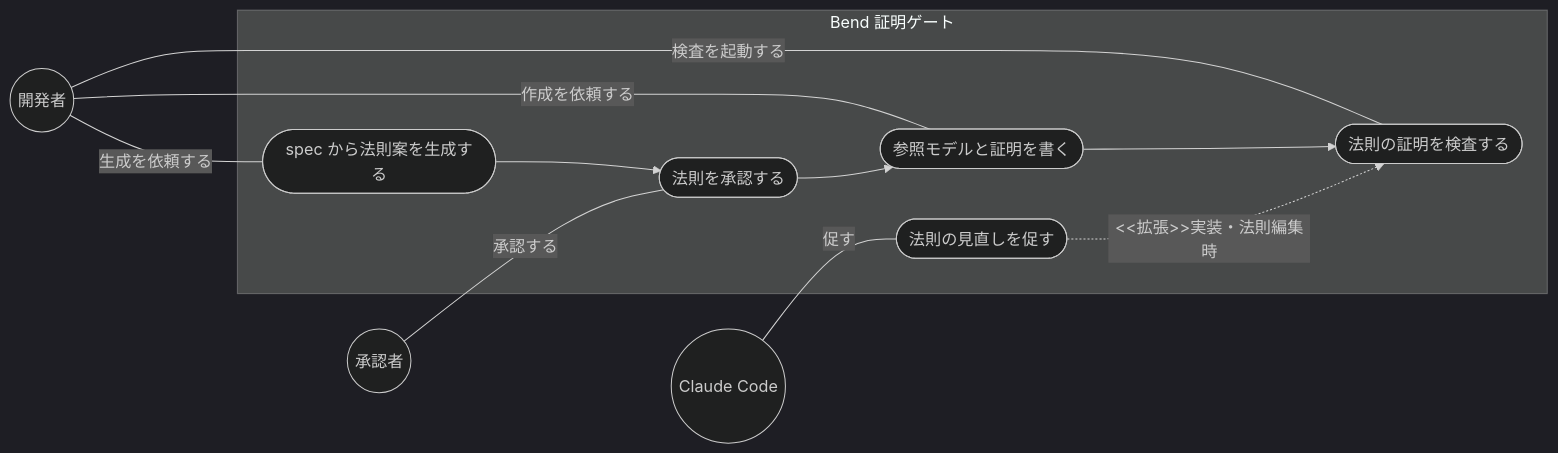
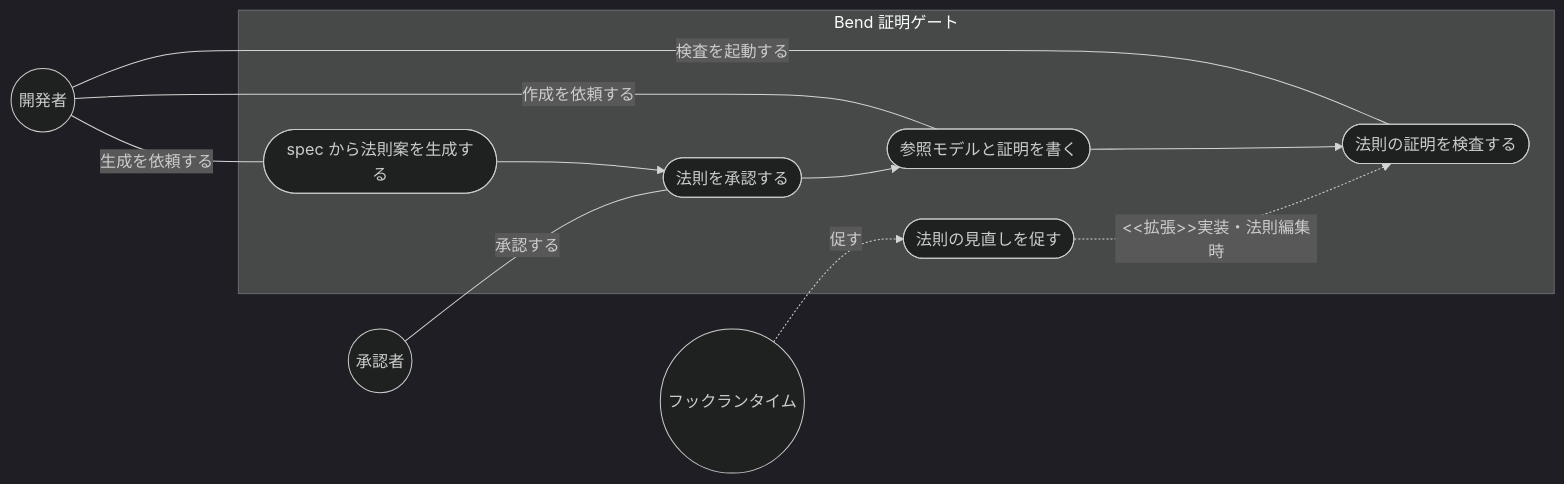
One commit to ToshikiImagawa/ai-sdd-workflow-dev changed the first of 2 diagrams in .sdd/requirement/task-implementation/proof-gate.md. Above: the diagram before and after it, drawn with Mermaid. The commit also changed other lines of this file and 2 other files, not shown here.

````diff
--- a/.sdd/requirement/task-implementation/proof-gate.md
+++ b/.sdd/requirement/task-implementation/proof-gate.md
@@ -42,25 +42,25 @@
 ```mermaid
 %%{init: {'theme': 'dark'}}%%
 flowchart LR
     Developer((開発者))
     Approver((承認者))
-    ClaudeCode((Claude Code))
+    HookRuntime((フックランタイム))
 
     subgraph ProofGate["Bend 証明ゲート"]
         DraftLaws([spec から法則案を生成する])
         ApproveLaws([法則を承認する])
         WriteModel([参照モデルと証明を書く])
         RunProof([法則の証明を検査する])
         RemindReview([法則の見直しを促す])
     end
 
     Developer ---|"生成を依頼する"| DraftLaws
     Approver ---|"承認する"| ApproveLaws
     Developer ---|"作成を依頼する"| WriteModel
     Developer ---|"検査を起動する"| RunProof
-    ClaudeCode ---|"促す"| RemindReview
+    HookRuntime -.->|"促す"| RemindReview
     DraftLaws --> ApproveLaws
     ApproveLaws --> WriteModel
     WriteModel --> RunProof
     RemindReview -.->|"<<拡張>>実装・法則編集時"| RunProof
 ```
````
